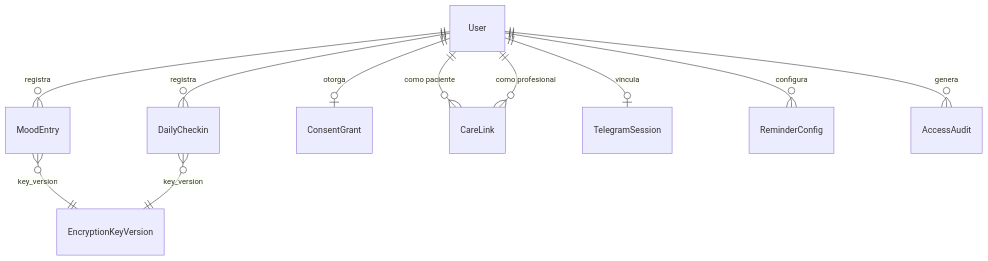
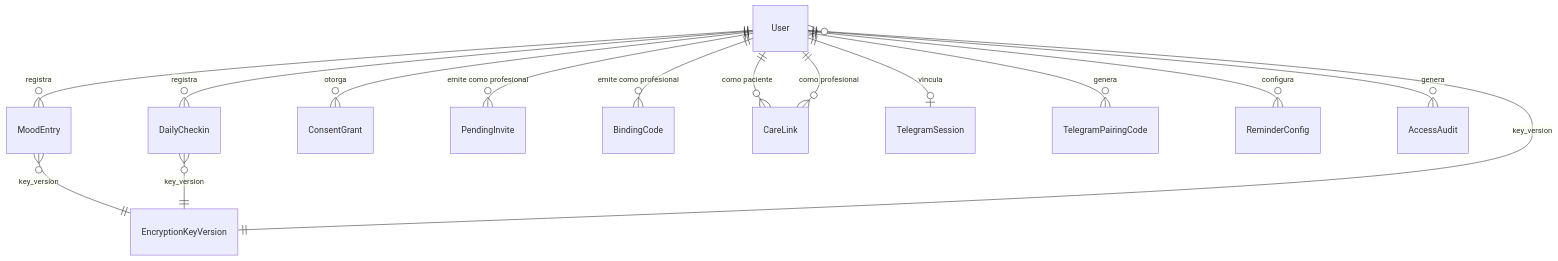
The diagram in .docs/wiki/05_modelo_datos.md (fgpaz/bitacora), drawn with Mermaid before and after one commit. The commit also changed other lines of this file and 317 other files, not shown here.

````diff
--- a/.docs/wiki/05_modelo_datos.md
+++ b/.docs/wiki/05_modelo_datos.md
@@ -147,13 +199,17 @@
 ```mermaid
 erDiagram
     User ||--o{ MoodEntry : "registra"
     User ||--o{ DailyCheckin : "registra"
-    User ||--o| ConsentGrant : "otorga"
+    User ||--o{ ConsentGrant : "otorga"
+    User ||--o{ PendingInvite : "emite como profesional"
+    User ||--o{ BindingCode : "emite como profesional"
     User ||--o{ CareLink : "como paciente"
     User ||--o{ CareLink : "como profesional"
     User ||--o| TelegramSession : "vincula"
+    User ||--o{ TelegramPairingCode : "genera"
     User ||--o{ ReminderConfig : "configura"
     User ||--o{ AccessAudit : "genera"
     MoodEntry }o--|| EncryptionKeyVersion : "key_version"
     DailyCheckin }o--|| EncryptionKeyVersion : "key_version"
+    User }o--|| EncryptionKeyVersion : "key_version"
 ```
````
